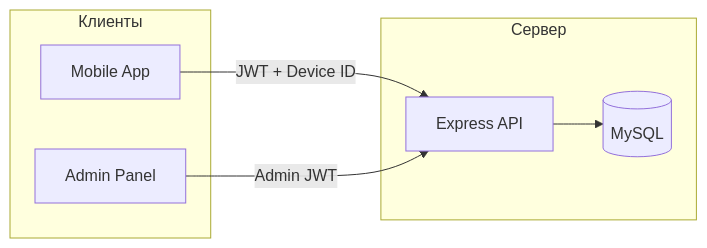
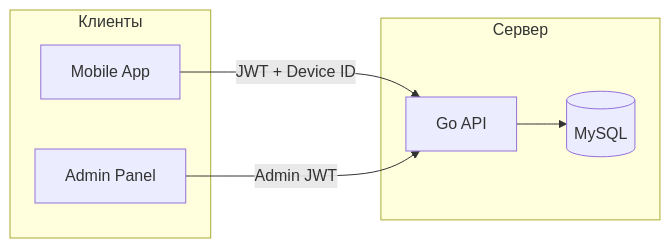
One commit to bakhtiyor551/RunBonus changed the first of 2 diagrams in docs/ARCHITECTURE.md. Above: the diagram before and after it, drawn with Mermaid. The commit also changed other lines of this file and 1309 other files, not shown here.

````diff
--- a/docs/ARCHITECTURE.md
+++ b/docs/ARCHITECTURE.md
@@ -5,14 +5,14 @@
 ```mermaid
 flowchart LR
   subgraph clients [Клиенты]
     Mobile[Mobile App]
     Admin[Admin Panel]
   end
   subgraph server [Сервер]
-    API[Express API]
+    API[Go API]
     MySQL[(MySQL)]
   end
   Mobile -->|JWT + Device ID| API
   Admin -->|Admin JWT| API
   API --> MySQL
 ```
````
